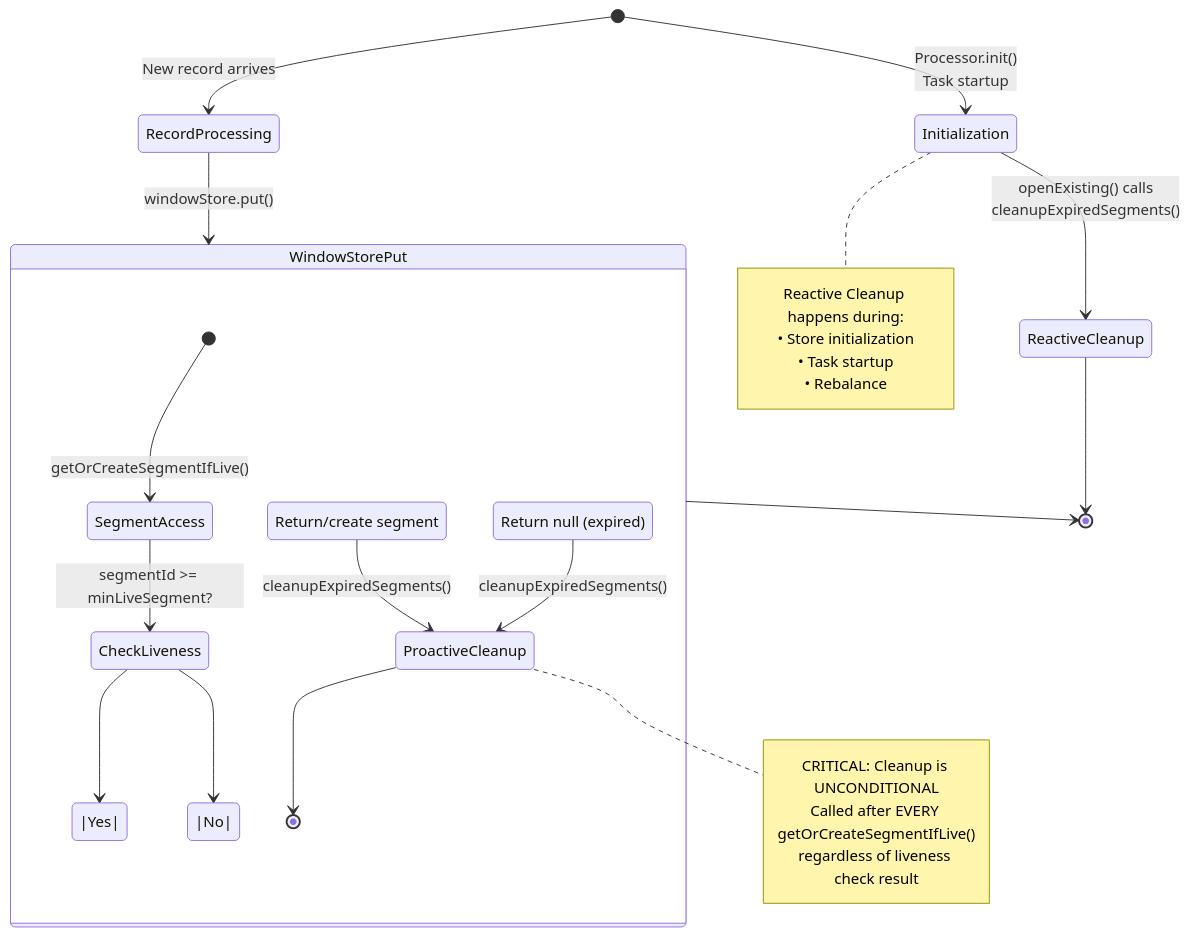
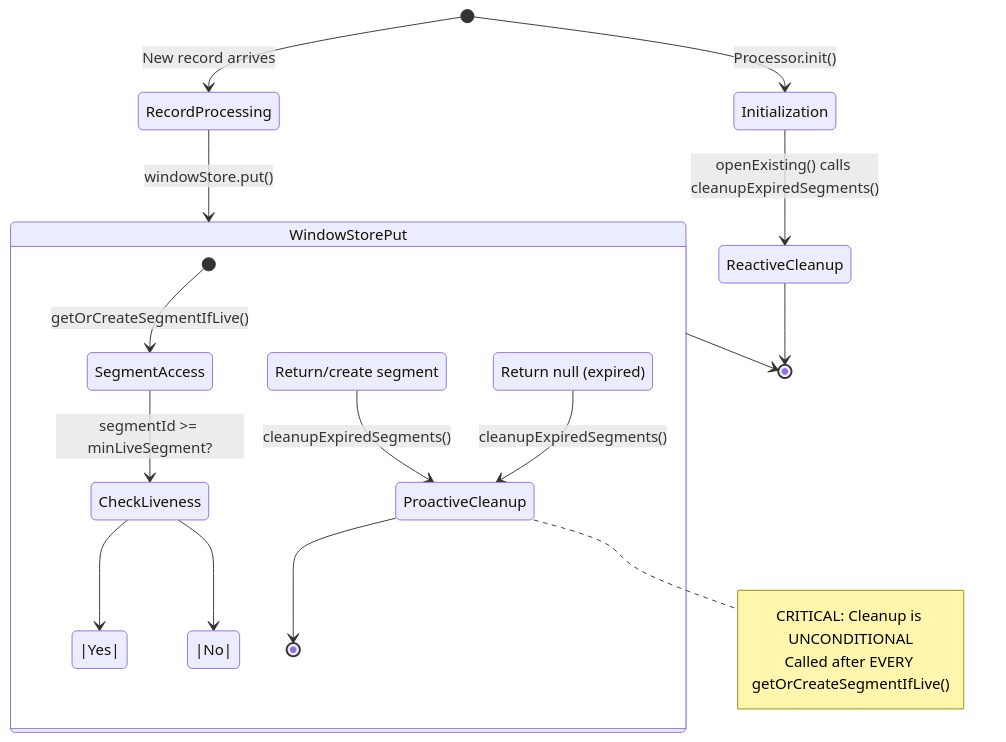
One commit to yutaofr/my-design-docs changed the third of 5 diagrams in deduplication-window-store-design.md. Above: the diagram before and after it, drawn with Mermaid. The commit also changed other lines of this file, not shown here.

Commit message:
refactor the design doc of deduplication solution based on window store

````diff
--- a/deduplication-window-store-design.md
+++ b/deduplication-window-store-design.md
@@ -188,36 +235,29 @@
 ```mermaid
 stateDiagram-v2
-    [*] --> Initialization: Processor.init()<br/>Task startup
-    Initialization --> ReactiveCleanup: openExisting() calls<br/>cleanupExpiredSegments()
+    [*] --> Initialization: Processor.init()
+    Initialization --> ReactiveCleanup: openExisting() calls cleanupExpiredSegments()
     
     [*] --> RecordProcessing: New record arrives
     RecordProcessing --> WindowStorePut: windowStore.put()
     
     state WindowStorePut {
         [*] --> SegmentAccess: getOrCreateSegmentIfLive()
         SegmentAccess --> CheckLiveness: segmentId >= minLiveSegment?
         
         CheckLiveness -->|Yes| GetOrCreateSegment: Return/create segment
         CheckLiveness -->|No| ReturnNull: Return null (expired)
         
         GetOrCreateSegment --> ProactiveCleanup: cleanupExpiredSegments()
         ReturnNull --> ProactiveCleanup: cleanupExpiredSegments()
         
         ProactiveCleanup --> [*]
     }
     
     ReactiveCleanup --> [*]
     WindowStorePut --> [*]
     
     note right of ProactiveCleanup 
         CRITICAL: Cleanup is UNCONDITIONAL
         Called after EVERY getOrCreateSegmentIfLive()
-        regardless of liveness check result
-    end note
-    note right of Initialization 
-        Reactive Cleanup happens during:
-        • Store initialization
-        • Task startup
-        • Rebalance
     end note
 ```
````
